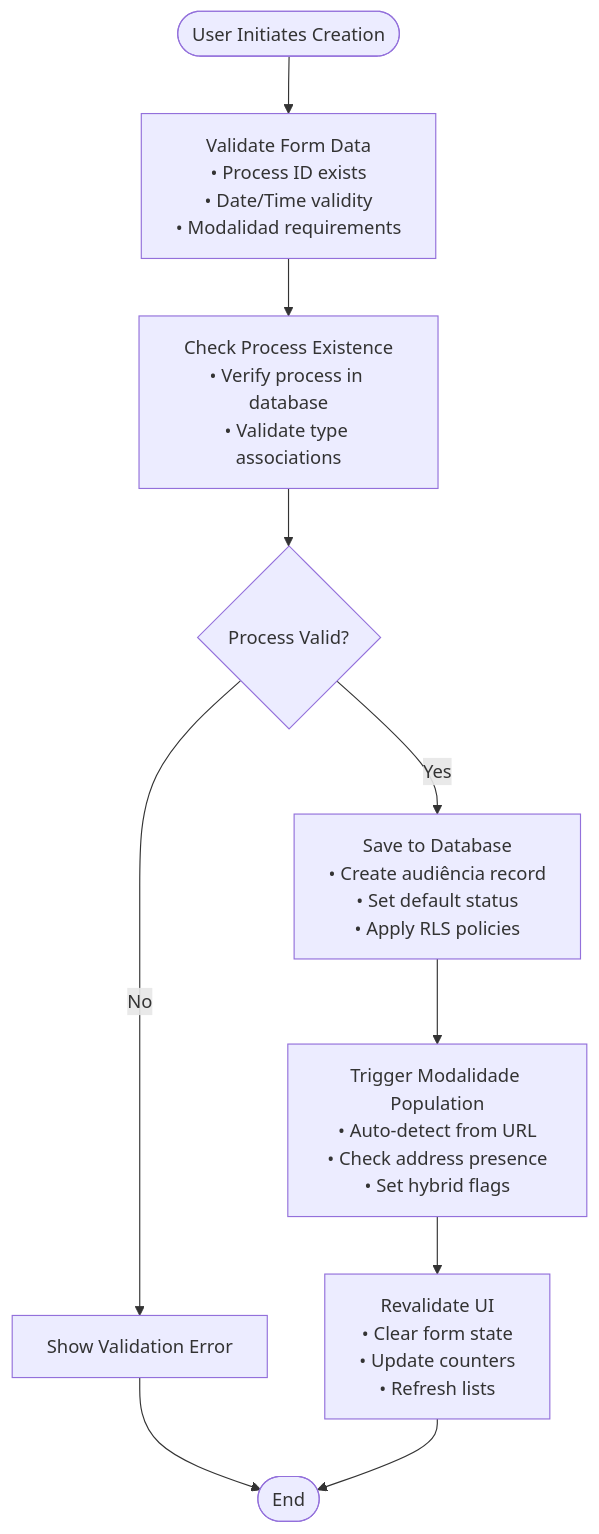
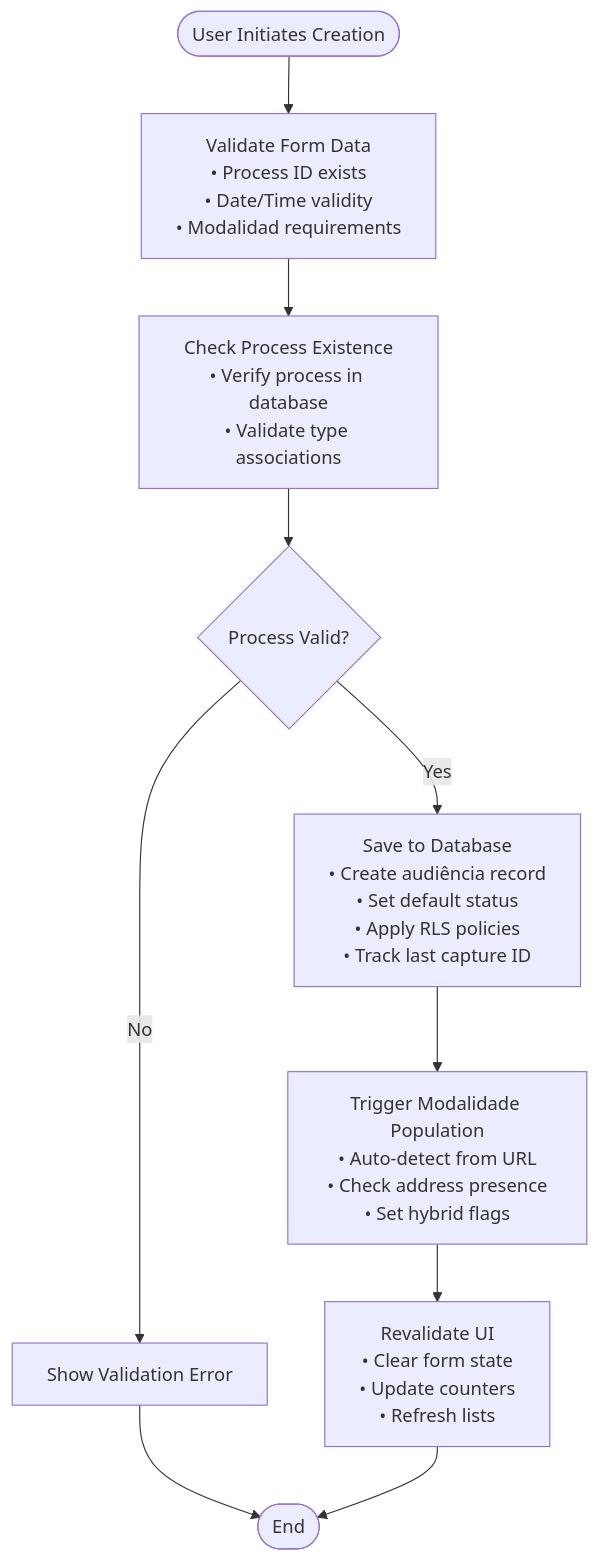
Before and after one commit to SinesysTech/zattar-os: the seventh of 20 diagrams in .qoder/repowiki/en/content/Audiência Management.md, drawn with Mermaid. The commit also changed other lines of this file and 4 other files, not shown here.

````diff
--- a/.qoder/repowiki/en/content/Audiência Management.md
+++ b/.qoder/repowiki/en/content/Audiência Management.md
@@ -390,12 +449,12 @@
 ```mermaid
 flowchart TD
 Start([User Initiates Creation]) --> ValidateForm["Validate Form Data<br/>• Process ID exists<br/>• Date/Time validity<br/>• Modalidad requirements"]
 ValidateForm --> CheckProcess["Check Process Existence<br/>• Verify process in database<br/>• Validate type associations"]
 CheckProcess --> ProcessValid{"Process Valid?"}
 ProcessValid --> |No| ShowError["Show Validation Error"]
-ProcessValid --> |Yes| SaveAudiência["Save to Database<br/>• Create audiência record<br/>• Set default status<br/>• Apply RLS policies"]
+ProcessValid --> |Yes| SaveAudiência["Save to Database<br/>• Create audiência record<br/>• Set default status<br/>• Apply RLS policies<br/>• Track last capture ID"]
 SaveAudiência --> TriggerModalidade["Trigger Modalidade Population<br/>• Auto-detect from URL<br/>• Check address presence<br/>• Set hybrid flags"]
 TriggerModalidade --> RevalidateUI["Revalidate UI<br/>• Clear form state<br/>• Update counters<br/>• Refresh lists"]
 ShowError --> End([End])
 RevalidateUI --> End
 ```
````
